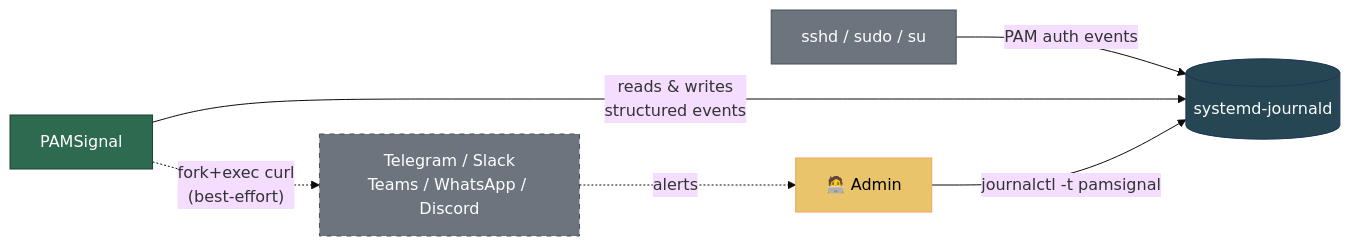
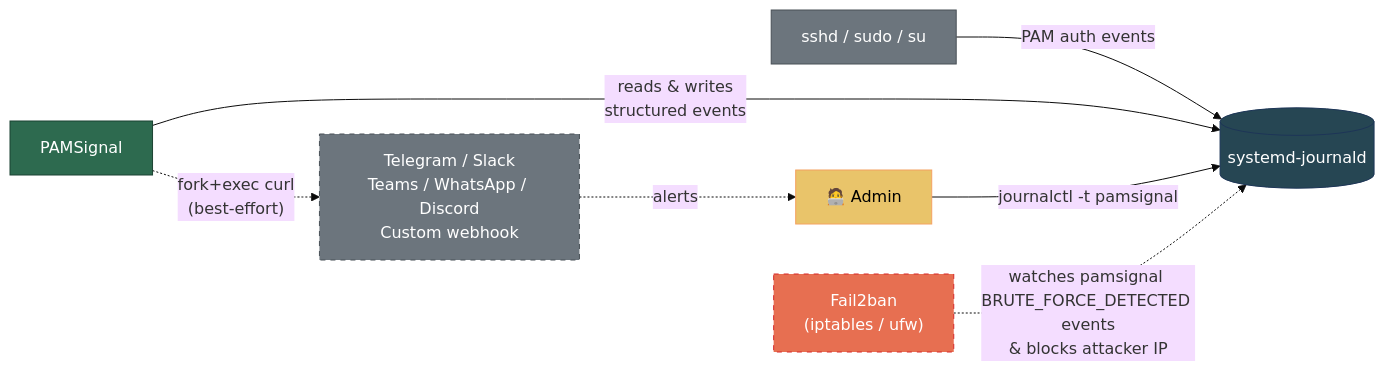
The diagram in README.md (anhtuank7c/pamsignal), drawn with Mermaid (base theme) before and after one commit. The commit also changed other lines of this file and 8 other files, not shown here.

Commit message:
docs: overhaul README, migrate architecture to Mermaid C4 syntax, add Fail2ban integration, and improve docker test script

````diff
--- a/README.md
+++ b/README.md
@@ -11,20 +20,23 @@
 ```mermaid
 graph LR
     sshd["sshd / sudo / su"]
     journald[("systemd-journald")]
     pamsignal["PAMSignal"]
     admin["🧑‍💻 Admin"]
-    platforms["Telegram / Slack<br/>Teams / WhatsApp / Discord"]
+    platforms["Telegram / Slack<br/>Teams / WhatsApp / Discord<br/>Custom webhook"]
+    fail2ban["Fail2ban<br/>(iptables / ufw)"]
 
     sshd -- "PAM auth events" --> journald
     pamsignal -- "reads & writes<br/>structured events" --> journald
     admin -- "journalctl -t pamsignal" --> journald
     pamsignal -. "fork+exec curl<br/>(best-effort)" .-> platforms
     platforms -. "alerts" .-> admin
+    fail2ban -. "watches pamsignal BRUTE_FORCE_DETECTED events<br/>& blocks attacker IP" .-> journald
 
     style pamsignal fill:#2d6a4f,stroke:#1b4332,color:#fff
     style journald fill:#264653,stroke:#1d3557,color:#fff
     style sshd fill:#6c757d,stroke:#495057,color:#fff
     style platforms fill:#6c757d,stroke:#495057,color:#fff,stroke-dasharray: 5 5
+    style fail2ban fill:#e76f51,stroke:#d62828,color:#fff,stroke-dasharray: 5 5
     style admin fill:#e9c46a,stroke:#f4a261,color:#000
 ```
````
